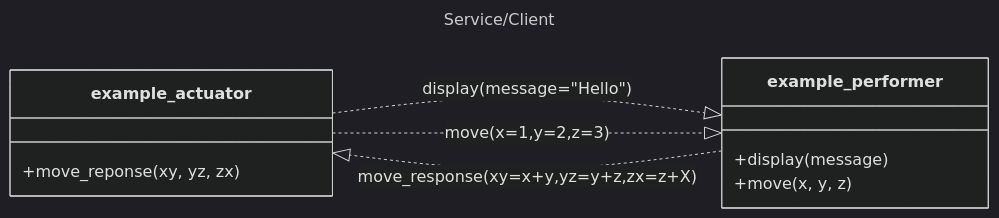
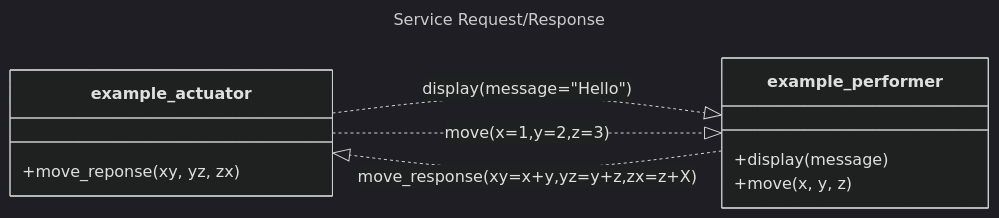
The fourth of 6 diagrams in README.md (PYBrulin/axone), drawn with Mermaid (dark theme) before and after one commit. The commit also changed other lines of this file and 6 other files, not shown here.

````diff
--- a/README.md
+++ b/README.md
@@ -141,18 +174,18 @@
 ```mermaid
 ---
-title: Service/Client
+title: Service Request/Response
 ---
 classDiagram
     direction LR
     class example_actuator{
         +move_reponse(xy, yz, zx)
     }
     class example_performer{
         +display(message)
         +move(x, y, z)
     }
 
     example_actuator ..|> example_performer : display(message="Hello")
     example_actuator ..|> example_performer : move(x=1,y=2,z=3)
     example_performer ..|> example_actuator : move_response(xy=x+y,yz=y+z,zx=z+X)
 ```
````
